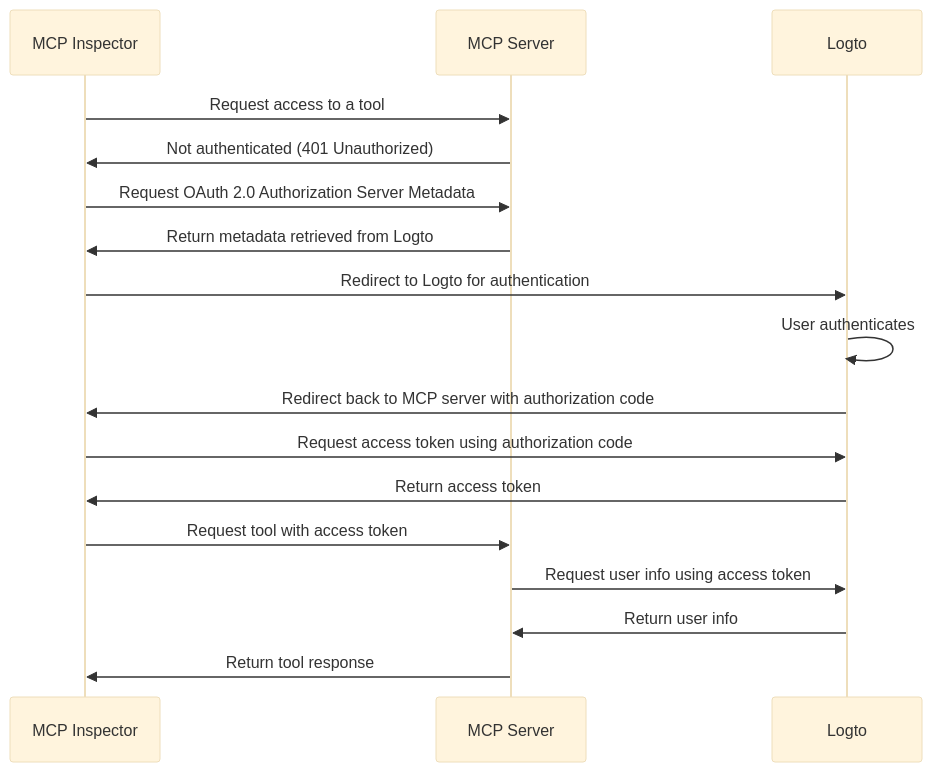
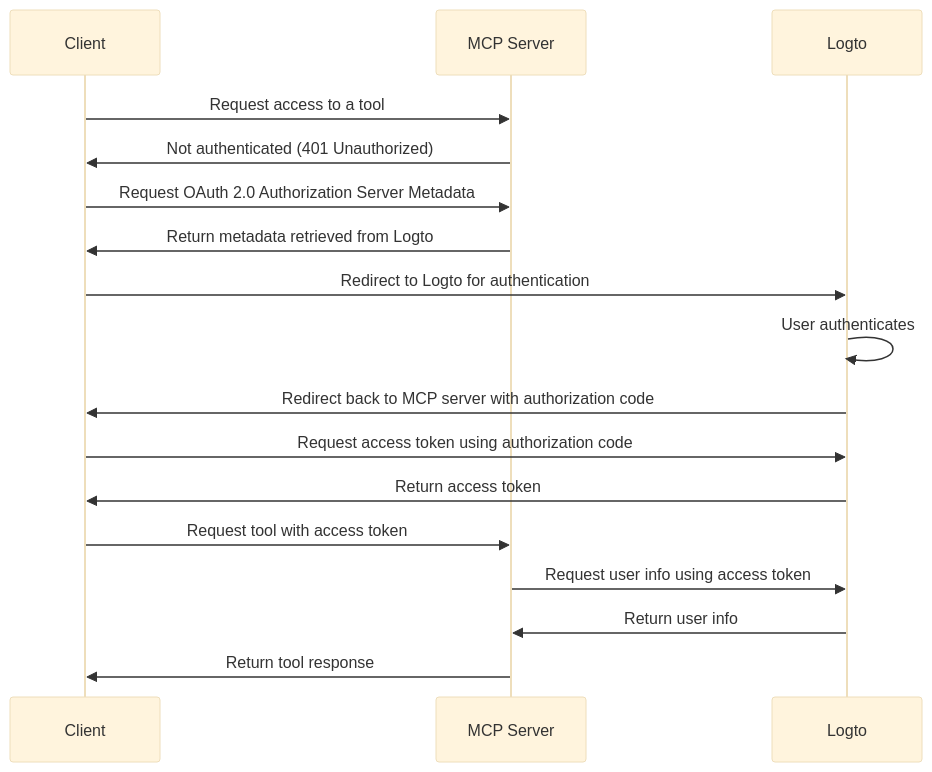
One commit to logto-io/docs changed the diagram in docs/use-cases/ai/fragments/_mcp-prerequisites.mdx. Above: the diagram before and after it, drawn with Mermaid (base theme). The commit also changed other lines of this file and 21 other files, not shown here.

````diff
--- a/docs/use-cases/ai/fragments/_mcp-prerequisites.mdx
+++ b/docs/use-cases/ai/fragments/_mcp-prerequisites.mdx
@@ -14,20 +14,20 @@
 ```mermaid
 sequenceDiagram
-    participant Client as MCP Inspector
+    participant Client as Client
     participant Server as MCP Server
     participant Logto
 
     Client->>Server: Request access to a tool
     Server->>Client: Not authenticated (401 Unauthorized)
     Client->>Server: Request OAuth 2.0 Authorization Server Metadata
     Server->>Client: Return metadata retrieved from Logto
     Client->>Logto: Redirect to Logto for authentication
     Logto->>Logto: User authenticates
     Logto->>Client: Redirect back to MCP server with authorization code
     Client->>Logto: Request access token using authorization code
     Logto->>Client: Return access token
     Client->>Server: Request tool with access token
     Server->>Logto: Request user info using access token
     Logto->>Server: Return user info
     Server->>Client: Return tool response
 ```
````
